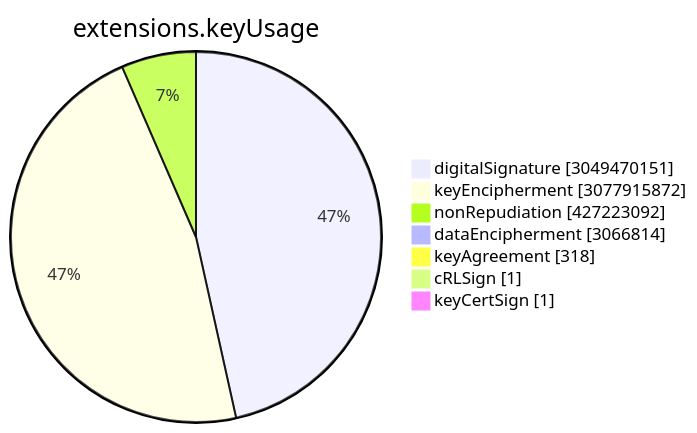
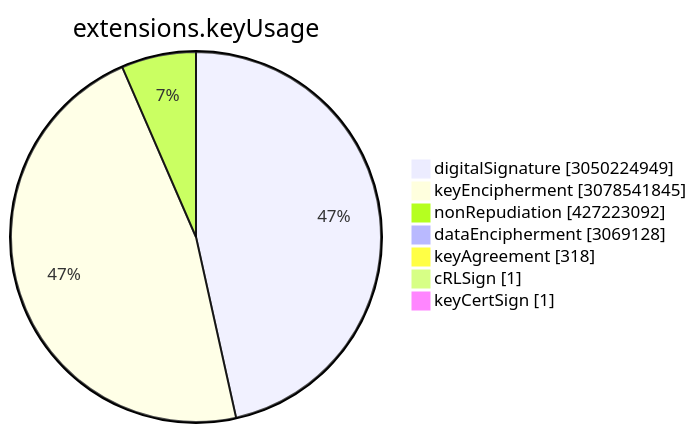
Before and after one commit to christiankrug/ctmonitor_visualization: the sixth of 15 diagrams in TOTAL/README.md, drawn with Mermaid. The commit also changed other lines of this file, not shown here.

````diff
--- a/TOTAL/README.md
+++ b/TOTAL/README.md
@@ -3075,11 +3075,11 @@
 ```mermaid
 pie showData
 title extensions.keyUsage
-"digitalSignature" :3049470151
-"keyEncipherment" :3077915872
+"digitalSignature" :3050224949
+"keyEncipherment" :3078541845
 "nonRepudiation" :427223092
-"dataEncipherment" :3066814
+"dataEncipherment" :3069128
 "keyAgreement" :318
 "cRLSign" :1
 "keyCertSign" :1
 ```
````
